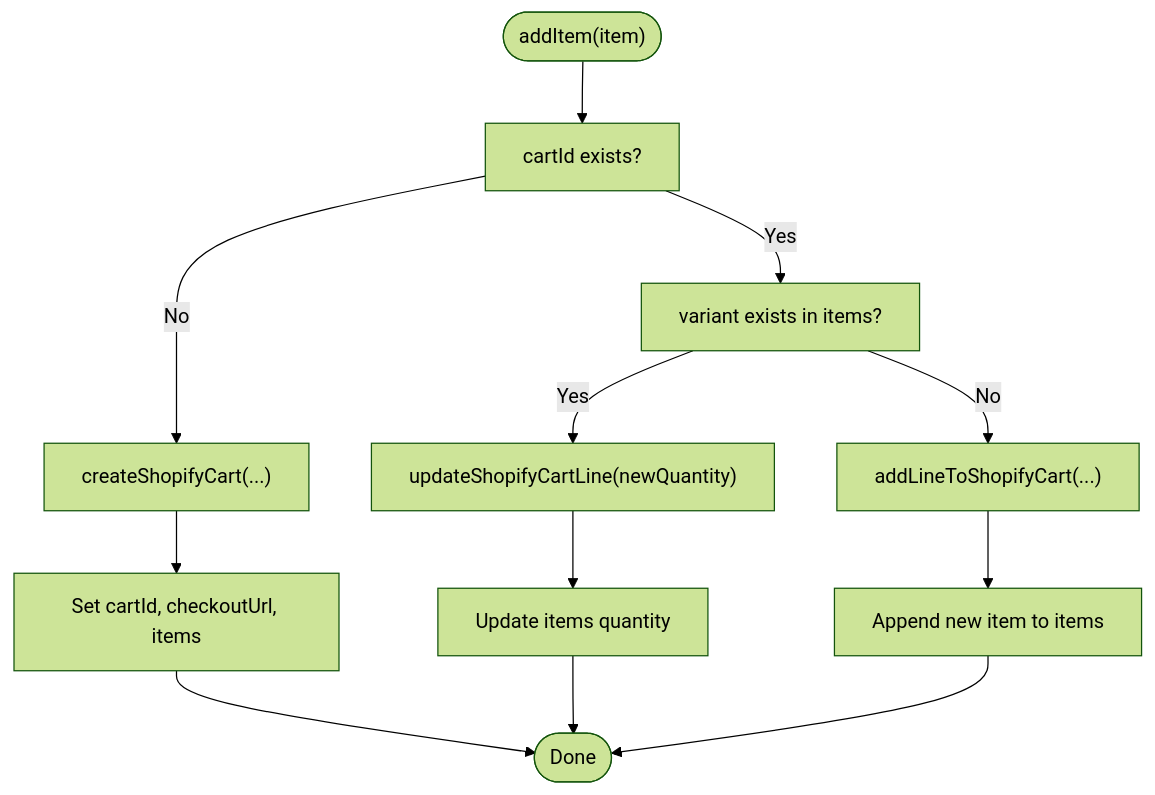
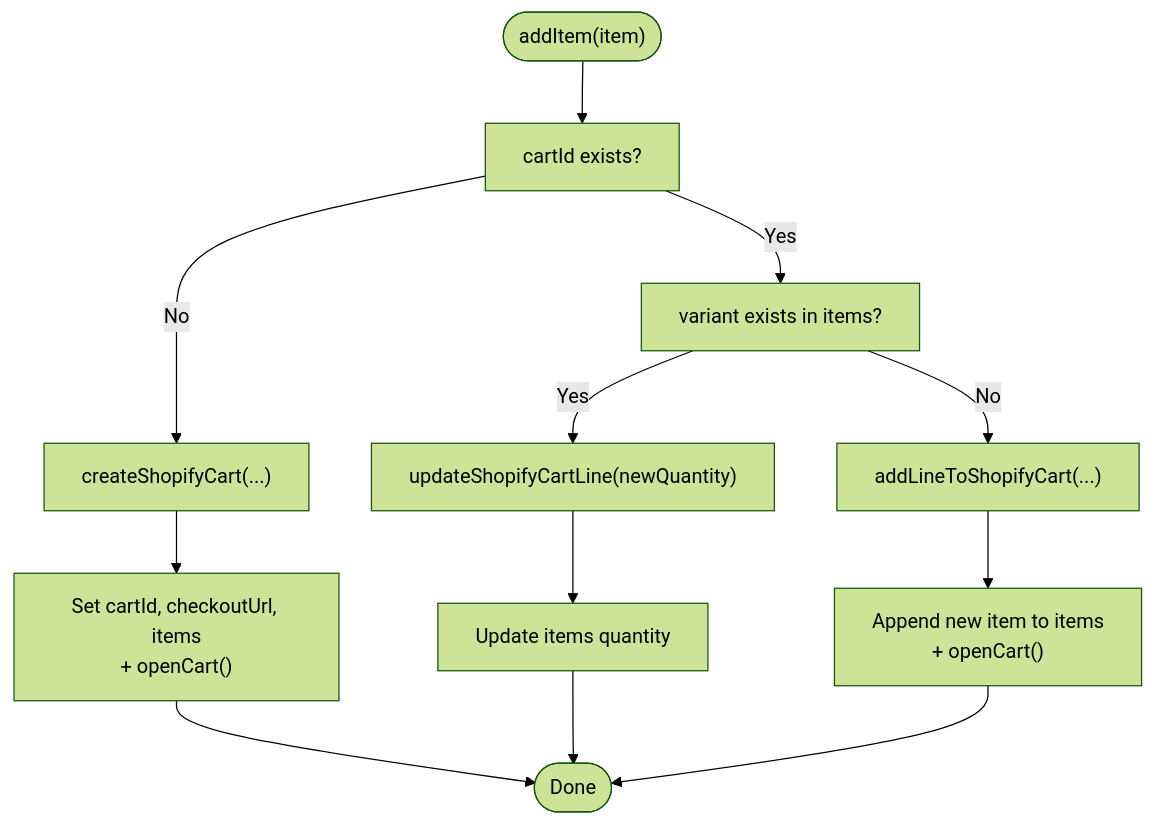
The third of 6 diagrams in .qoder/repowiki/en/content/State Management.md (Hawky1/ryland), drawn with Mermaid (forest theme) before and after one commit. The commit also changed other lines of this file and 26 other files, not shown here.

````diff
--- a/.qoder/repowiki/en/content/State Management.md
+++ b/.qoder/repowiki/en/content/State Management.md
@@ -174,14 +185,14 @@
 ```mermaid
 flowchart TD
 Start(["addItem(item)"]) --> CheckCart["cartId exists?"]
 CheckCart --> |No| Create["createShopifyCart(...)"]
-Create --> SetNew["Set cartId, checkoutUrl, items"]
+Create --> SetNew["Set cartId, checkoutUrl, items<br/>+ openCart()"]
 CheckCart --> |Yes| Exists["variant exists in items?"]
 Exists --> |Yes| Merge["updateShopifyCartLine(newQuantity)"]
 Merge --> UpdateLocal["Update items quantity"]
 Exists --> |No| AddLine["addLineToShopifyCart(...)"]
-AddLine --> Append["Append new item to items"]
+AddLine --> Append["Append new item to items<br/>+ openCart()"]
 SetNew --> End(["Done"])
 UpdateLocal --> End
 Append --> End
 ```
````
